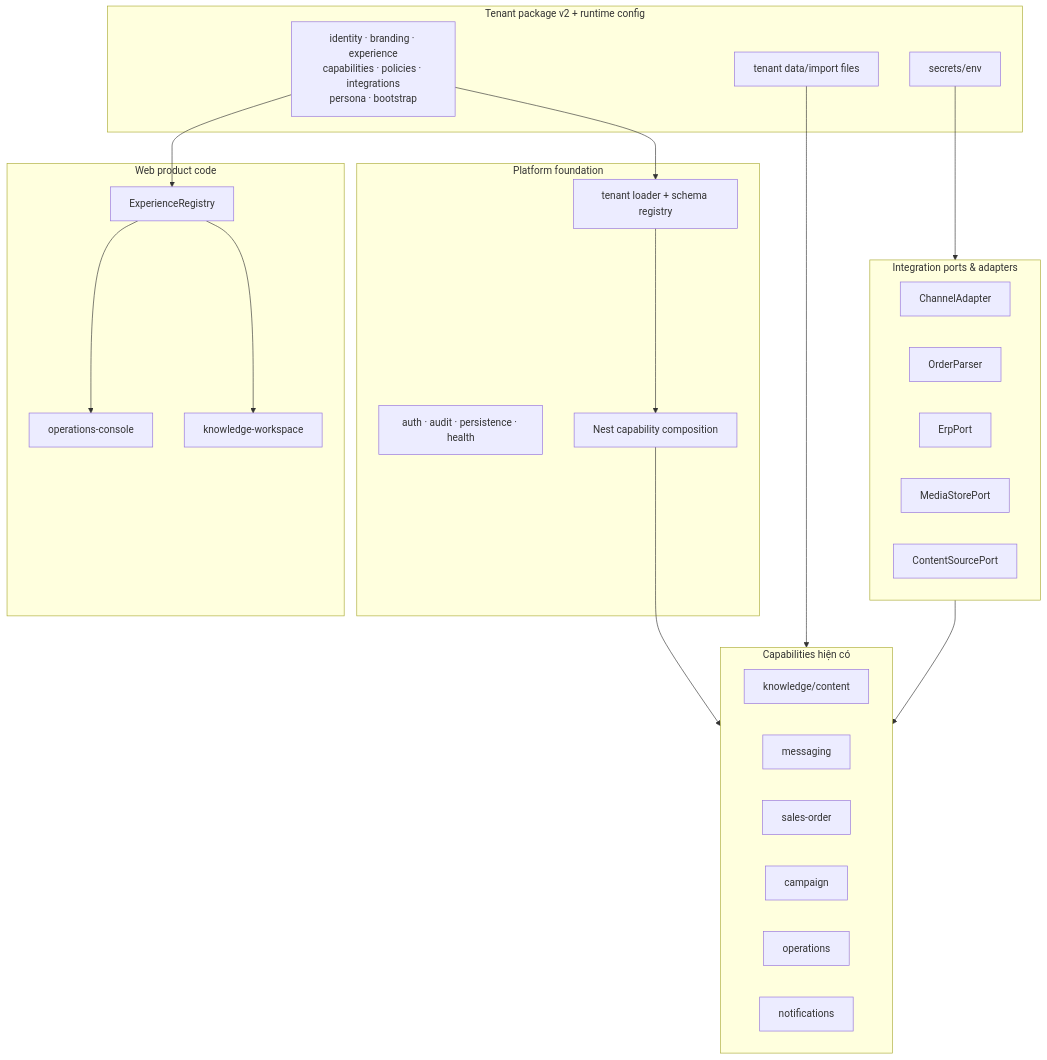
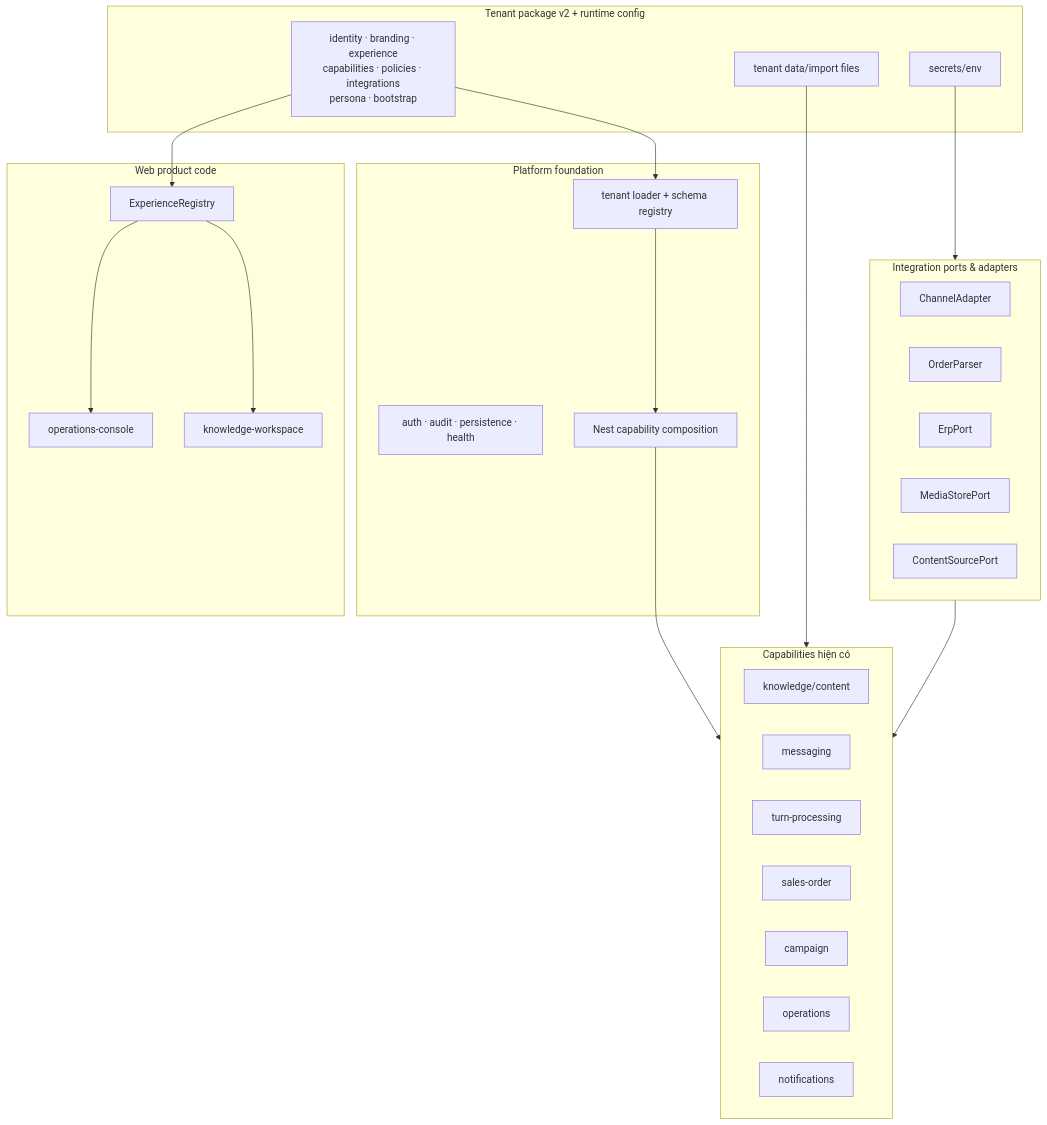
The diagram in docs/kien-truc/nen-tang-da-khach.md (phungtienviet14-sketch/nexagnet-platform), drawn with Mermaid before and after one commit. The commit also changed other lines of this file and 3 other files, not shown here.

First line of the commit message:
docs(da-khach): ghi lai dao quyen so huu turn-processing, va cap nhat quy tac ly do quyet dinh

````diff
--- a/docs/kien-truc/nen-tang-da-khach.md
+++ b/docs/kien-truc/nen-tang-da-khach.md
@@ -54,45 +54,46 @@
 ```mermaid
 flowchart TB
     subgraph Tenant["Tenant package v2 + runtime config"]
         TC["identity · branding · experience<br/>capabilities · policies · integrations<br/>persona · bootstrap"]
         TD["tenant data/import files"]
         TS["secrets/env"]
     end
 
     subgraph Foundation["Platform foundation"]
         TR["tenant loader + schema registry"]
         AU["auth · audit · persistence · health"]
         CR["Nest capability composition"]
     end
 
     subgraph Capabilities["Capabilities hiện có"]
         KN["knowledge/content"]
         MSG["messaging"]
+        TP["turn-processing"]
         SO["sales-order"]
         CA["campaign"]
         OP["operations"]
         NO["notifications"]
     end
 
     subgraph Ports["Integration ports & adapters"]
         CH["ChannelAdapter"]
         PA["OrderParser"]
         EP["ErpPort"]
         MS["MediaStorePort"]
         CS["ContentSourcePort"]
     end
 
     subgraph Web["Web product code"]
         ER["ExperienceRegistry"]
         OC["operations-console"]
         KW["knowledge-workspace"]
     end
 
     TC --> TR --> CR --> Capabilities
     TD --> Capabilities
     TS --> Ports
     Ports --> Capabilities
     TC --> ER
     ER --> OC
     ER --> KW
 ```
````
